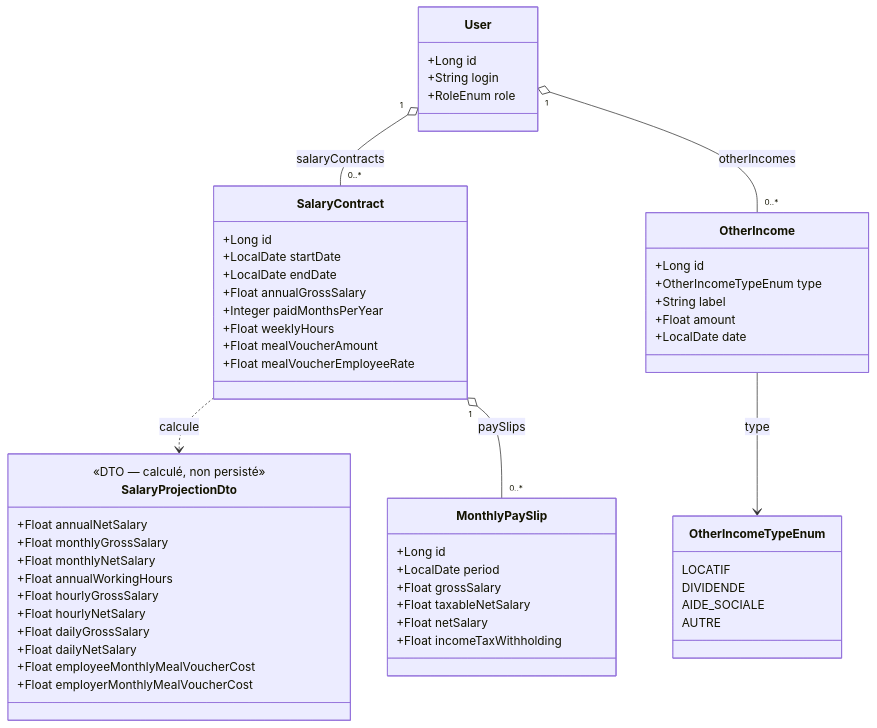
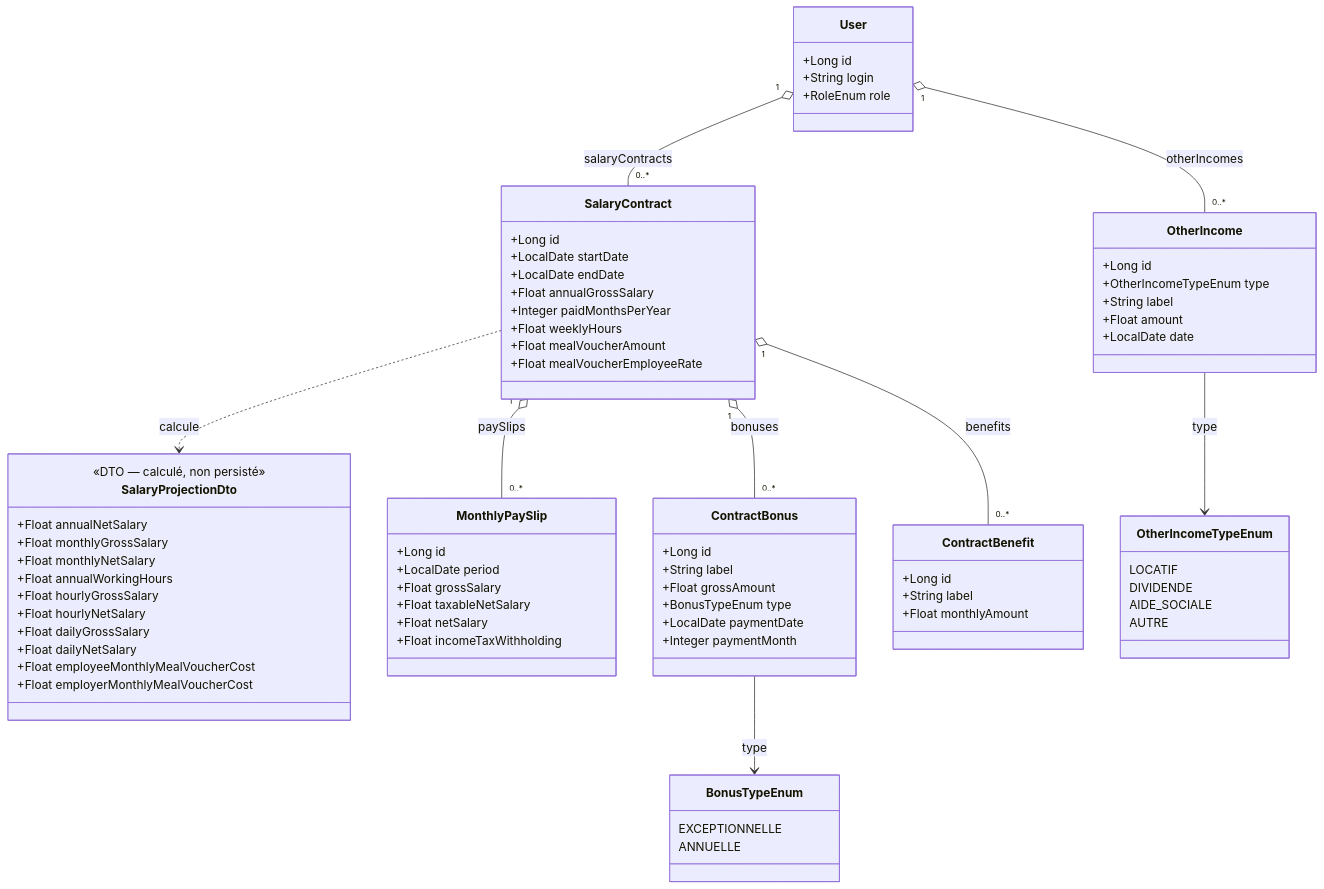
The diagram in docs/architecture/salary.md (Neogost/MyFinance), drawn with Mermaid before and after one commit. The commit also changed other lines of this file and 6 other files, not shown here.

````diff
--- a/docs/architecture/salary.md
+++ b/docs/architecture/salary.md
@@ -133,58 +202,78 @@
 ```mermaid
 classDiagram
     class SalaryContract {
         +Long id
         +LocalDate startDate
         +LocalDate endDate
         +Float annualGrossSalary
         +Integer paidMonthsPerYear
         +Float weeklyHours
         +Float mealVoucherAmount
         +Float mealVoucherEmployeeRate
     }
     class SalaryProjectionDto {
         <<DTO — calculé, non persisté>>
         +Float annualNetSalary
         +Float monthlyGrossSalary
         +Float monthlyNetSalary
         +Float annualWorkingHours
         +Float hourlyGrossSalary
         +Float hourlyNetSalary
         +Float dailyGrossSalary
         +Float dailyNetSalary
         +Float employeeMonthlyMealVoucherCost
         +Float employerMonthlyMealVoucherCost
     }
     class MonthlyPaySlip {
         +Long id
         +LocalDate period
         +Float grossSalary
         +Float taxableNetSalary
         +Float netSalary
         +Float incomeTaxWithholding
     }
+    class ContractBonus {
+        +Long id
+        +String label
+        +Float grossAmount
+        +BonusTypeEnum type
+        +LocalDate paymentDate
+        +Integer paymentMonth
+    }
+    class BonusTypeEnum {
+        EXCEPTIONNELLE
+        ANNUELLE
+    }
+    class ContractBenefit {
+        +Long id
+        +String label
+        +Float monthlyAmount
+    }
     class OtherIncome {
         +Long id
         +OtherIncomeTypeEnum type
         +String label
         +Float amount
         +LocalDate date
     }
     class OtherIncomeTypeEnum {
         LOCATIF
         DIVIDENDE
         AIDE_SOCIALE
         AUTRE
     }
     class User {
         +Long id
         +String login
         +RoleEnum role
     }
 
     User "1" o-- "0..*" SalaryContract : salaryContracts
     SalaryContract ..> SalaryProjectionDto : calcule
     SalaryContract "1" o-- "0..*" MonthlyPaySlip : paySlips
+    SalaryContract "1" o-- "0..*" ContractBonus : bonuses
+    ContractBonus --> BonusTypeEnum : type
+    SalaryContract "1" o-- "0..*" ContractBenefit : benefits
     User "1" o-- "0..*" OtherIncome : otherIncomes
     OtherIncome --> OtherIncomeTypeEnum : type
 ```
````
